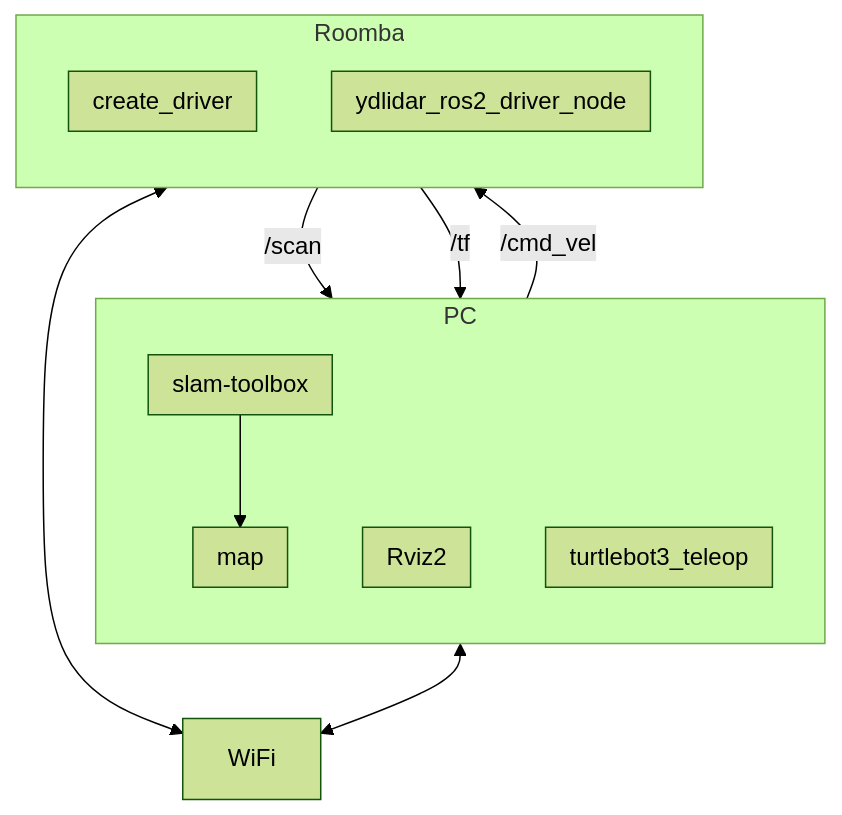
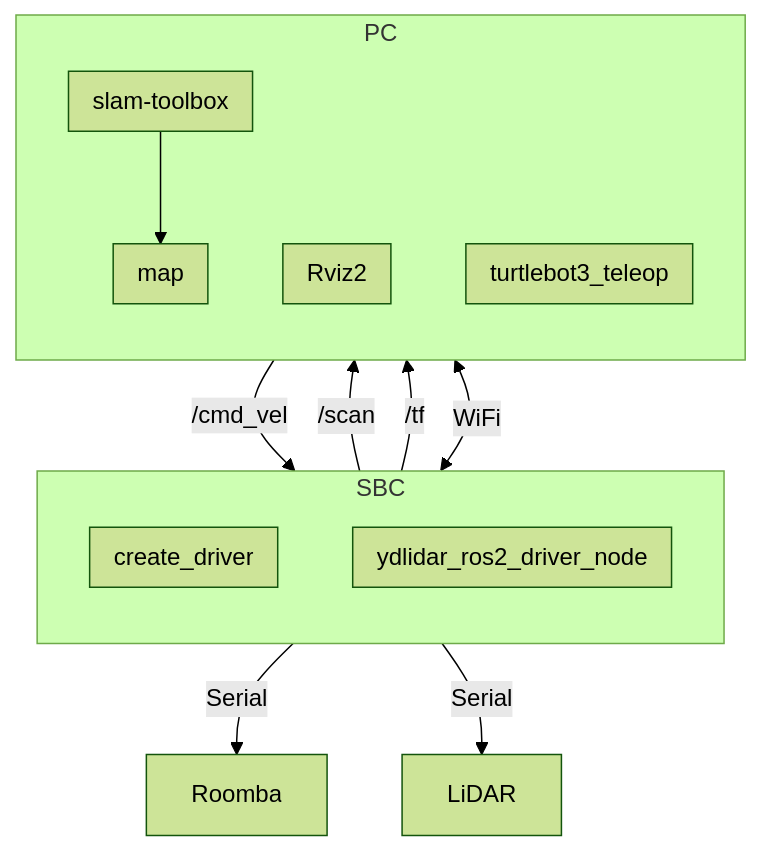
Before and after one commit to sibafb/RoombaControlls: the diagram in ROS2/instructions/setup-real-roomba-humble.md, drawn with Mermaid (forest theme).

Commit message:
Updated diagram

````diff
--- a/ROS2/instructions/setup-real-roomba-humble.md
+++ b/ROS2/instructions/setup-real-roomba-humble.md
@@ -9,33 +9,36 @@
 ```mermaid
-flowchart TB
+graph TD
+  subgraph SBC
+    direction TB
+    subgraph C2[ydlidar_ros2_driver_node]
+        direction TB
+    end
+    subgraph C3[create_driver]
+        direction TB
+    end
+  end
+  
   subgraph PC
     direction TB
     subgraph B3[turtlebot3_teleop]
         direction TB
     end
     subgraph B6[Rviz2]
         direction TB
     end
     subgraph B7[slam-toolbox]
         direction TB
     end
     subgraph B8[map]
         direction TB
     end
   end
-  subgraph Roomba
-    direction TB
-    subgraph C2[ydlidar_ros2_driver_node]
-        direction TB
-    end
-    subgraph C3[create_driver]
-        direction TB
-    end
-  end
+    
+C3 -- Serial --> Roomba
+C2 -- Serial --> LiDAR
+SBC <-- WiFi --> PC
 B3 -- /cmd_vel --> C3
 C2 -- /scan --> B7
 C3 -- /tf --> B7
 B7 --> B8
-Roomba <--> WiFi
-PC <--> WiFi
 ```
````
